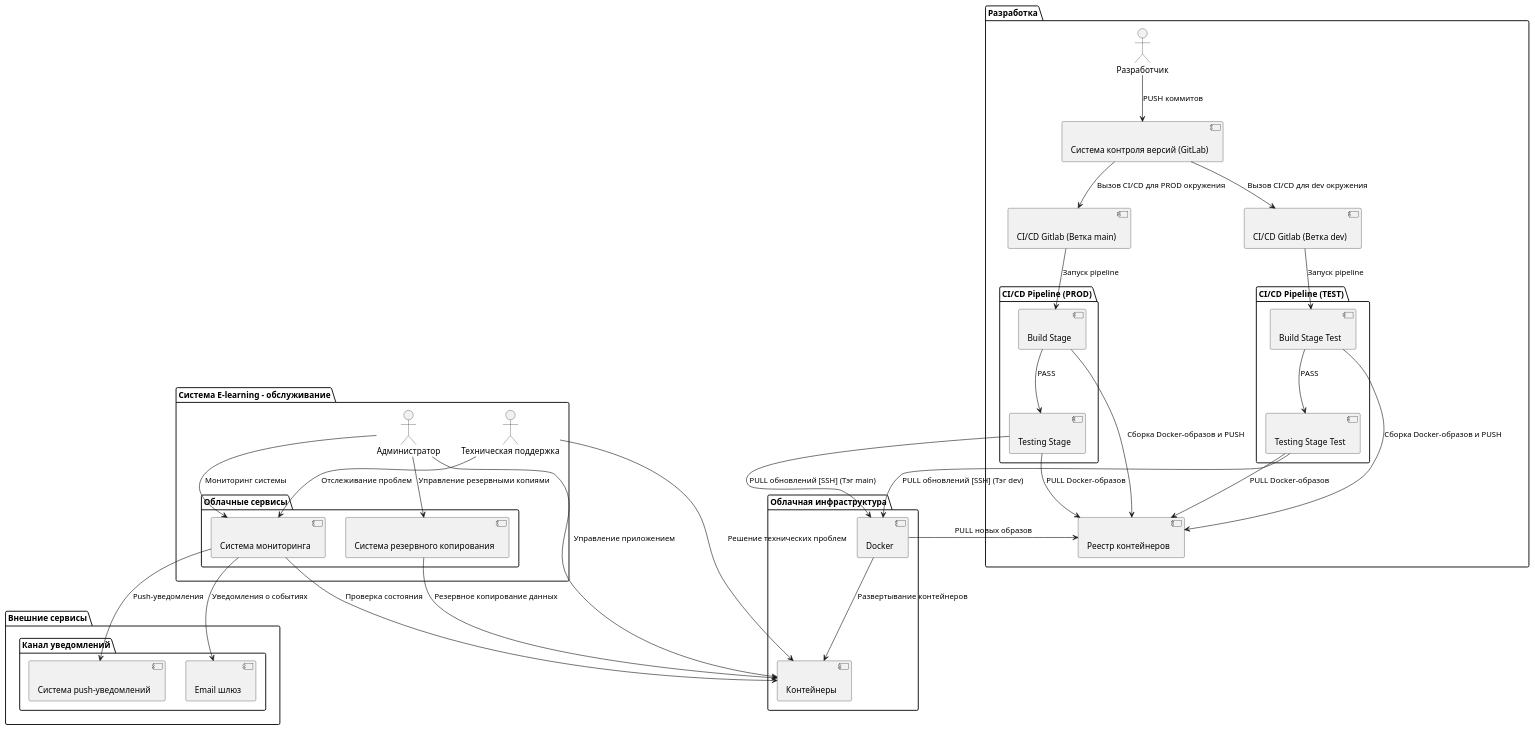
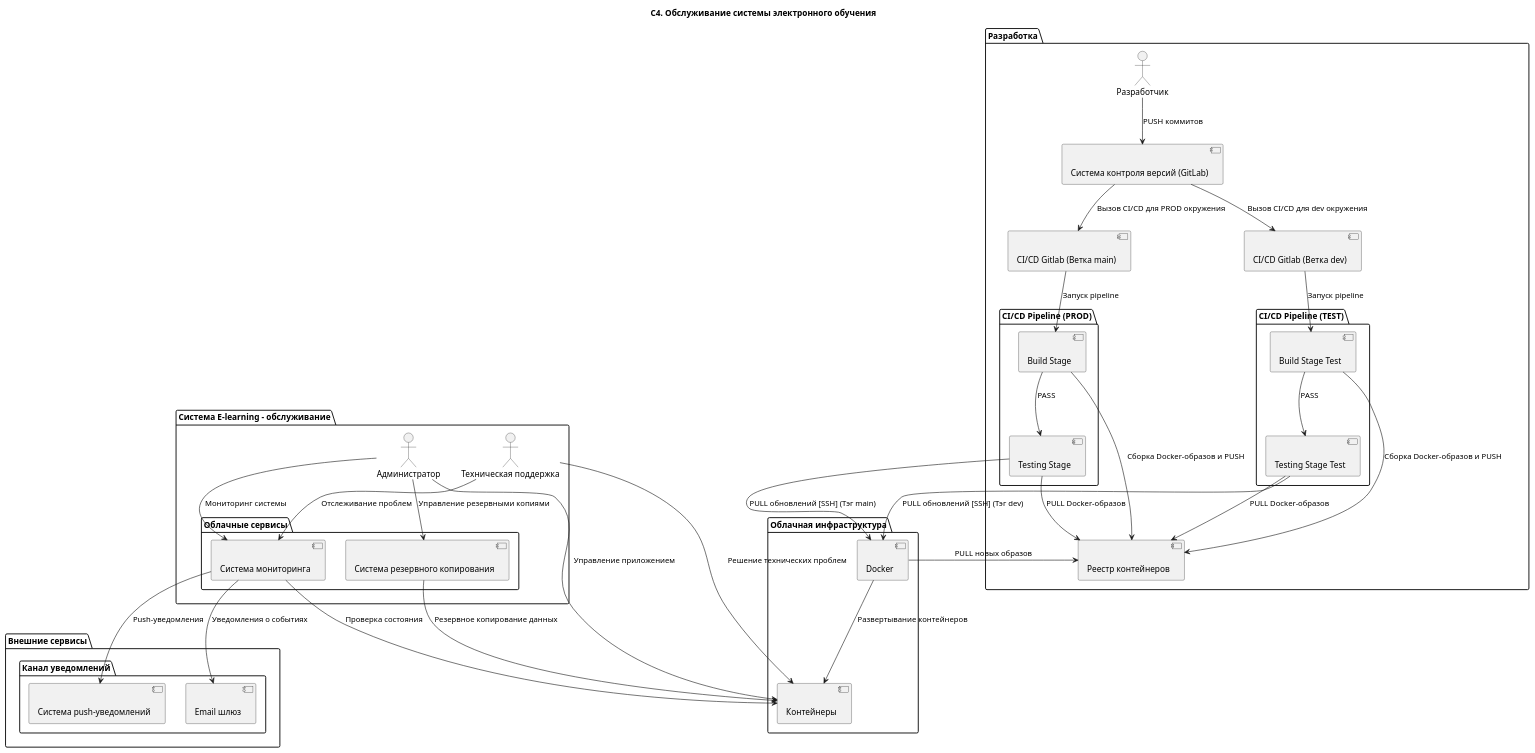
The diagram in 2. Технический проект/maintanence.puml (AkshachRd/software-development), drawn with PlantUML before and after one commit.

Commit message:
Добавил заголовок.

```diff
--- a/2. Технический проект/maintanence.puml
+++ b/2. Технический проект/maintanence.puml
@@ -1,73 +1,75 @@
 @startuml
+
+title "C4. Обслуживание системы электронного обучения"
 
 package "Облачная инфраструктура" as cloud_infra {
   [Docker] as docker << (C, #FFAAAA) >>
   [Контейнеры] as containers << (C, #FFAAAA) >>
 }
 
 package "Система E-learning - обслуживание" as maintenance {
     actor "Администратор" as admin
     actor "Техническая поддержка" as tech_support
     package "Облачные сервисы" as cloud_services {
       [Система мониторинга] as monitoring_service << (C, #FFAAAA) >>
       [Система резервного копирования] as backup_service << (C, #FFAAAA) >>
     }
 }
 
 package "Внешние сервисы" as external_services {
     package "Канал уведомлений" as notifications {
         [Email шлюз] as email_service << (C, #FFAAAA) >>
         [Система push-уведомлений] as push_service << (C, #FFAAAA) >>
     }
 }
 
 package "Разработка" as development {
     actor "Разработчик" as developer
     [Система контроля версий (GitLab)] as vcs << (C, #FFAAAA) >>
     [CI/CD Gitlab (Ветка main)] as cicd << (C, #FFAAAA) >>
     [CI/CD Gitlab (Ветка dev)] as cicdtest << (C, #FFAAAA) >>
 
     package "CI/CD Pipeline (PROD)" as build {
       [Build Stage] as build_stage << (C, #FFAAAA) >>
       [Testing Stage] as testing_stage << (C, #FFAAAA) >>
     }
     package "CI/CD Pipeline (TEST)" as build_test {
       [Build Stage Test] as build_stage_test << (C, #FFAAAA) >>
       [Testing Stage Test] as testing_stage_test << (C, #FFAAAA) >>
     }
     
     [Реестр контейнеров] as container_registry << (C, #FFAAAA) >>
 }
 
 admin --> monitoring_service : "Мониторинг системы"
 admin --> backup_service : "Управление резервными копиями"
 tech_support --> monitoring_service : "Отслеживание проблем"
 monitoring_service --> email_service : "Уведомления о событиях"
 monitoring_service --> push_service : "Push-уведомления"
 
 developer --> vcs : "PUSH коммитов"
 vcs --> cicd : "Вызов CI/CD для PROD окружения"
 vcs --> cicdtest : "Вызов CI/CD для dev окружения"
 
 build_stage --> testing_stage : "PASS"
 build_stage_test --> testing_stage_test : "PASS"
 build_stage --> container_registry : "Сборка Docker-образов и PUSH"
 build_stage_test --> container_registry : "Сборка Docker-образов и PUSH"
 
 cicd --> build_stage : "Запуск pipeline"
 cicdtest --> build_stage_test : "Запуск pipeline"
 testing_stage --> container_registry : "PULL Docker-образов"
 testing_stage_test --> container_registry : "PULL Docker-образов"
 
 testing_stage --> docker : "PULL обновлений [SSH] (Тэг main)"
 testing_stage_test --> docker : "PULL обновлений [SSH] (Тэг dev)"
 docker --> container_registry : "PULL новых образов"
 docker --> containers : "Развертывание контейнеров"
 
 backup_service --> containers : "Резервное копирование данных"
 monitoring_service --> containers : "Проверка состояния"
 
 tech_support --> containers : "Решение технических проблем"
 admin --> containers : "Управление приложением"
 
 @enduml
```
